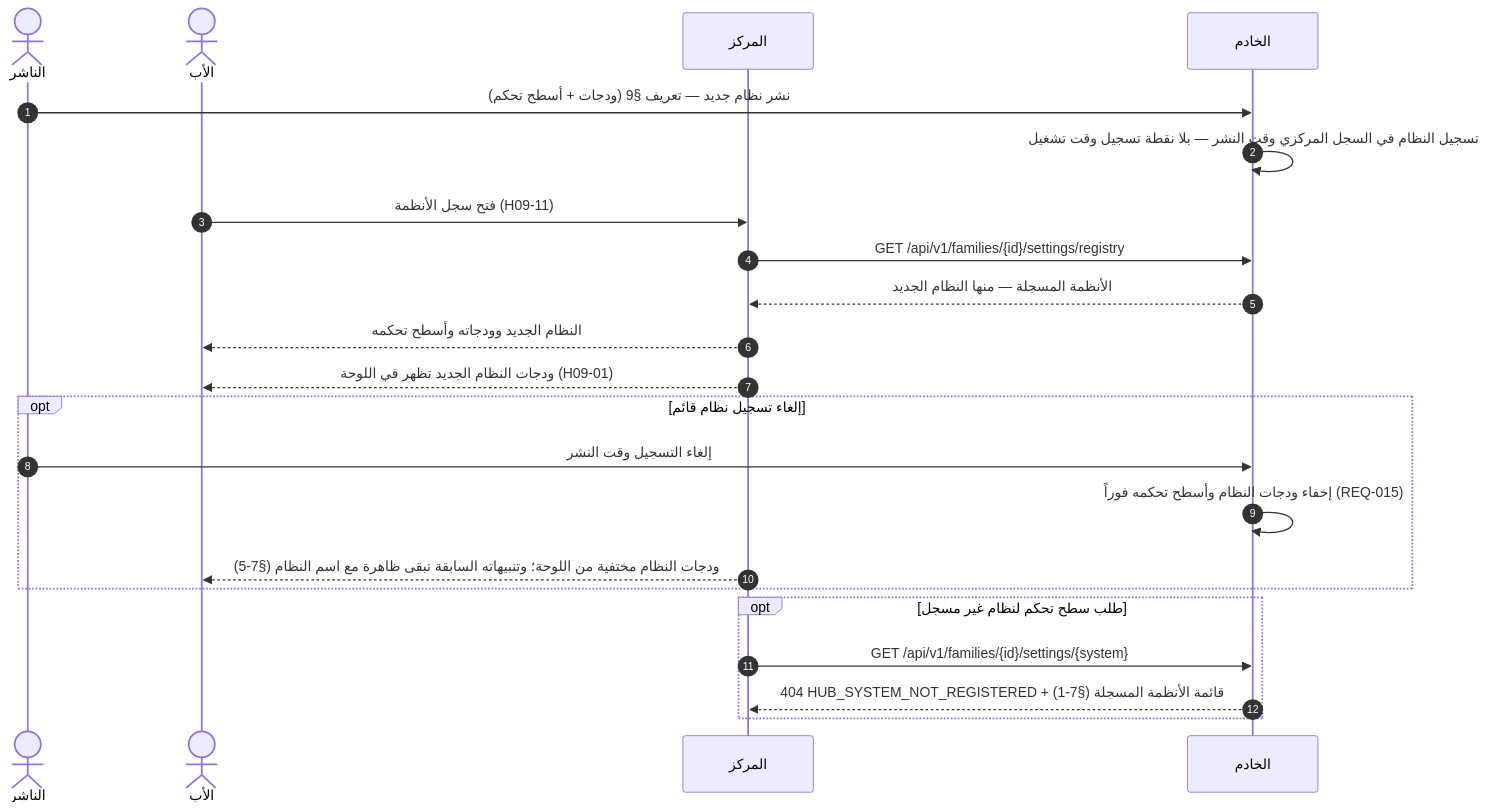
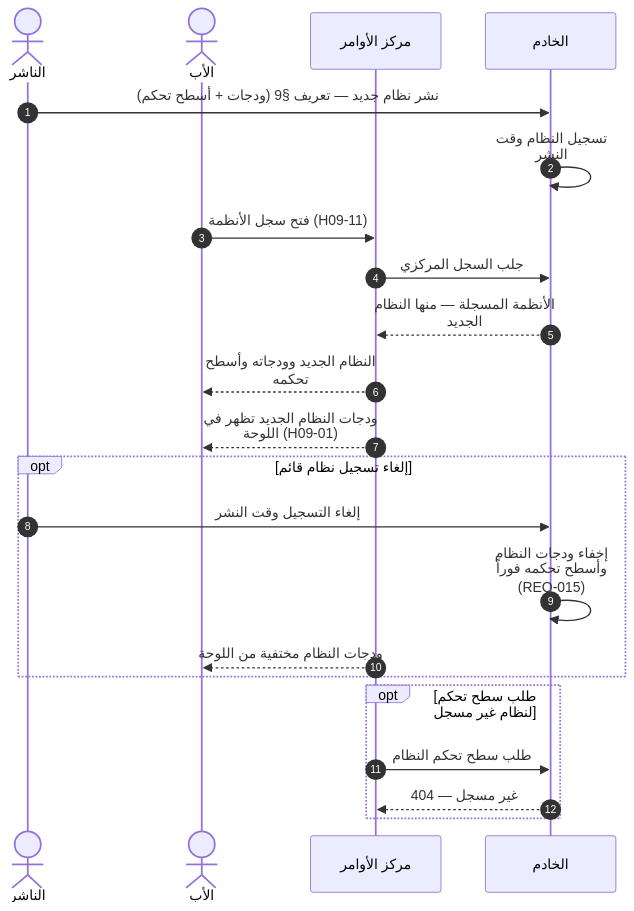
Before and after one commit to Bassam-mohammed-alqaeadi/family-os-v2: diagram 13 of 33 in docs/family-os/governance/phases/phase-1/S1-09-command-center-and-settings/DIAGRAMS.md, drawn with Mermaid. The commit also changed other lines of this file, not shown here.

````diff
--- a/docs/family-os/governance/phases/phase-1/S1-09-command-center-and-settings/DIAGRAMS.md
+++ b/docs/family-os/governance/phases/phase-1/S1-09-command-center-and-settings/DIAGRAMS.md
@@ -422,24 +543,25 @@
 ```mermaid
+%%{init: {"sequence": {"wrap": true}}}%%
 sequenceDiagram
     autonumber
     actor Deployer as الناشر
     actor Father as الأب
-    participant Hub as المركز
+    participant S109 as مركز الأوامر
     participant Ktor as الخادم
     Deployer->>Ktor: نشر نظام جديد — تعريف §9 (ودجات + أسطح تحكم)
-    Ktor->>Ktor: تسجيل النظام في السجل المركزي وقت النشر — بلا نقطة تسجيل وقت تشغيل
-    Father->>Hub: فتح سجل الأنظمة (H09-11)
-    Hub->>Ktor: GET /api/v1/families/{id}/settings/registry
-    Ktor-->>Hub: الأنظمة المسجلة — منها النظام الجديد
-    Hub-->>Father: النظام الجديد وودجاته وأسطح تحكمه
-    Hub-->>Father: ودجات النظام الجديد تظهر في اللوحة (H09-01)
+    Ktor->>Ktor: تسجيل النظام وقت النشر
+    Father->>S109: فتح سجل الأنظمة (H09-11)
+    S109->>Ktor: جلب السجل المركزي
+    Ktor-->>S109: الأنظمة المسجلة — منها النظام الجديد
+    S109-->>Father: النظام الجديد وودجاته وأسطح تحكمه
+    S109-->>Father: ودجات النظام الجديد تظهر في اللوحة (H09-01)
     opt إلغاء تسجيل نظام قائم
         Deployer->>Ktor: إلغاء التسجيل وقت النشر
         Ktor->>Ktor: إخفاء ودجات النظام وأسطح تحكمه فوراً (REQ-015)
-        Hub-->>Father: ودجات النظام مختفية من اللوحة؛ وتنبيهاته السابقة تبقى ظاهرة مع اسم النظام (§7-5)
+        S109-->>Father: ودجات النظام مختفية من اللوحة
     end
     opt طلب سطح تحكم لنظام غير مسجل
-        Hub->>Ktor: GET /api/v1/families/{id}/settings/{system}
-        Ktor-->>Hub: 404 HUB_SYSTEM_NOT_REGISTERED + قائمة الأنظمة المسجلة (§7-1)
+        S109->>Ktor: طلب سطح تحكم النظام
+        Ktor-->>S109: غير مسجل — 404
     end
 ```
````
